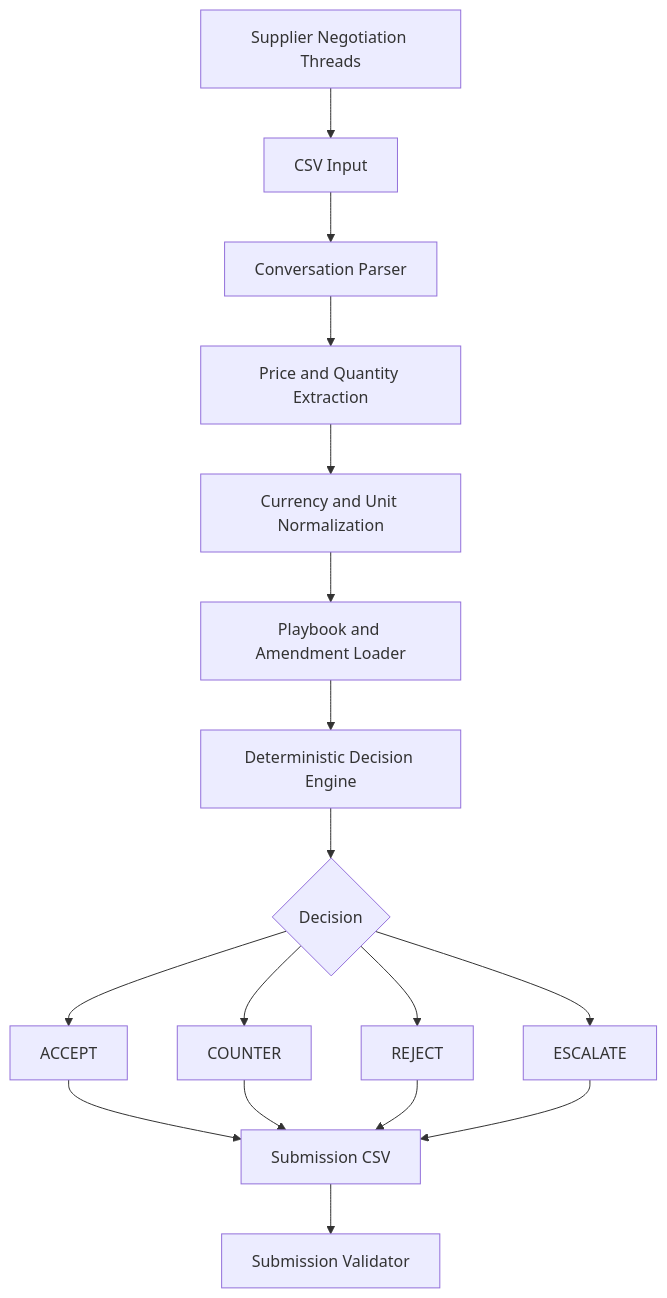
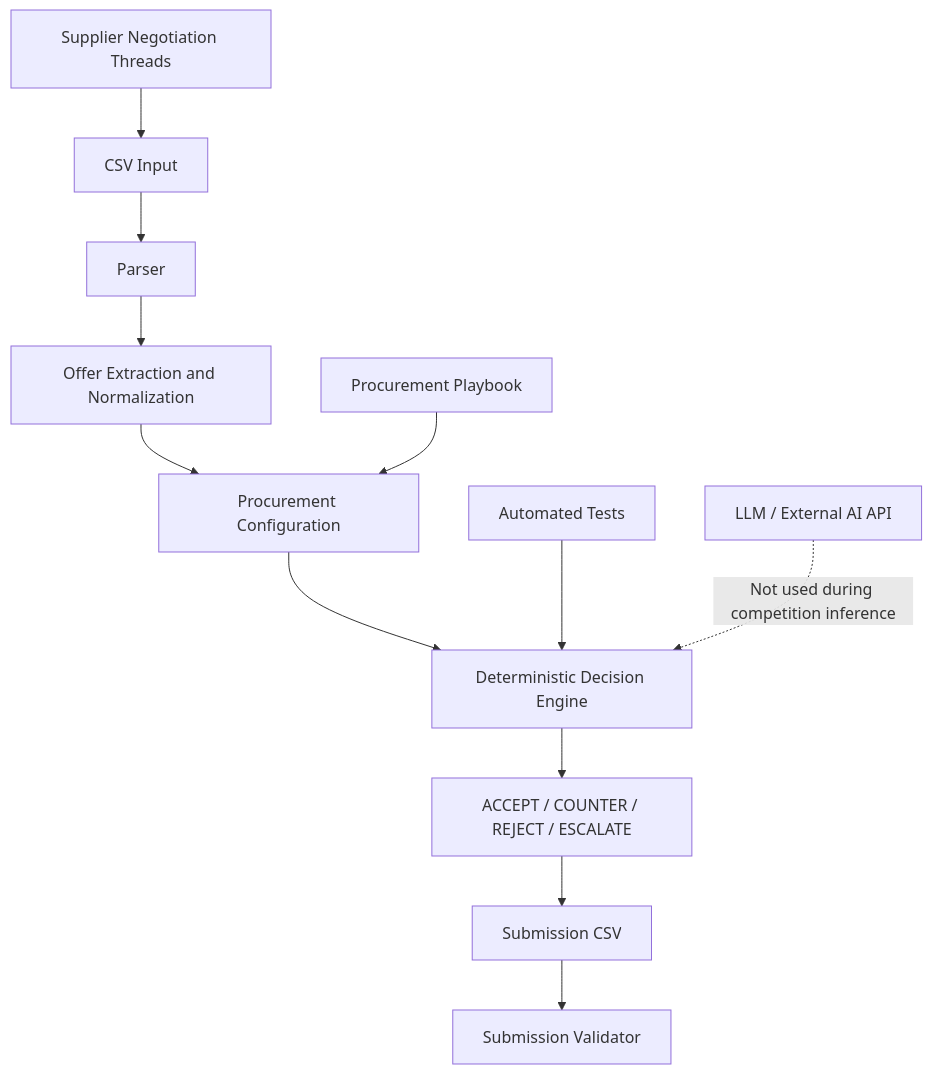
The diagram in README.md (itzzme-adhi/procurement-desk), drawn with Mermaid before and after one commit. The commit also changed other lines of this file, not shown here.

Commit message:
Clarify LLM boundary in system architecture
Updated the system architecture diagram to distinguish the deterministic competition inference pipeline from the separate web application's LLM functionality.

Clarified that no LLM or external AI API is used during competition inference.

````diff
--- a/README.md
+++ b/README.md
@@ -144,19 +144,16 @@
 ```mermaid
 flowchart TD
     A[Supplier Negotiation Threads] --> B[CSV Input]
-    B --> C[Conversation Parser]
-    C --> D[Price and Quantity Extraction]
-    D --> E[Currency and Unit Normalization]
-    E --> F[Playbook and Amendment Loader]
-    F --> G[Deterministic Decision Engine]
-    G --> H{Decision}
-    H --> I[ACCEPT]
-    H --> J[COUNTER]
-    H --> K[REJECT]
-    H --> L[ESCALATE]
-    I --> M[Submission CSV]
-    J --> M
-    K --> M
-    L --> M
-    M --> N[Submission Validator]
+    B --> C[Parser]
+    C --> D[Offer Extraction and Normalization]
+    D --> E[Procurement Configuration]
+    E --> F[Deterministic Decision Engine]
+    F --> G[ACCEPT / COUNTER / REJECT / ESCALATE]
+    G --> H[Submission CSV]
+    H --> I[Submission Validator]
+
+    J[Procurement Playbook] --> E
+    K[Automated Tests] --> F
+
+    L[LLM / External AI API] -.->|Not used during competition inference| F
 ```
````
